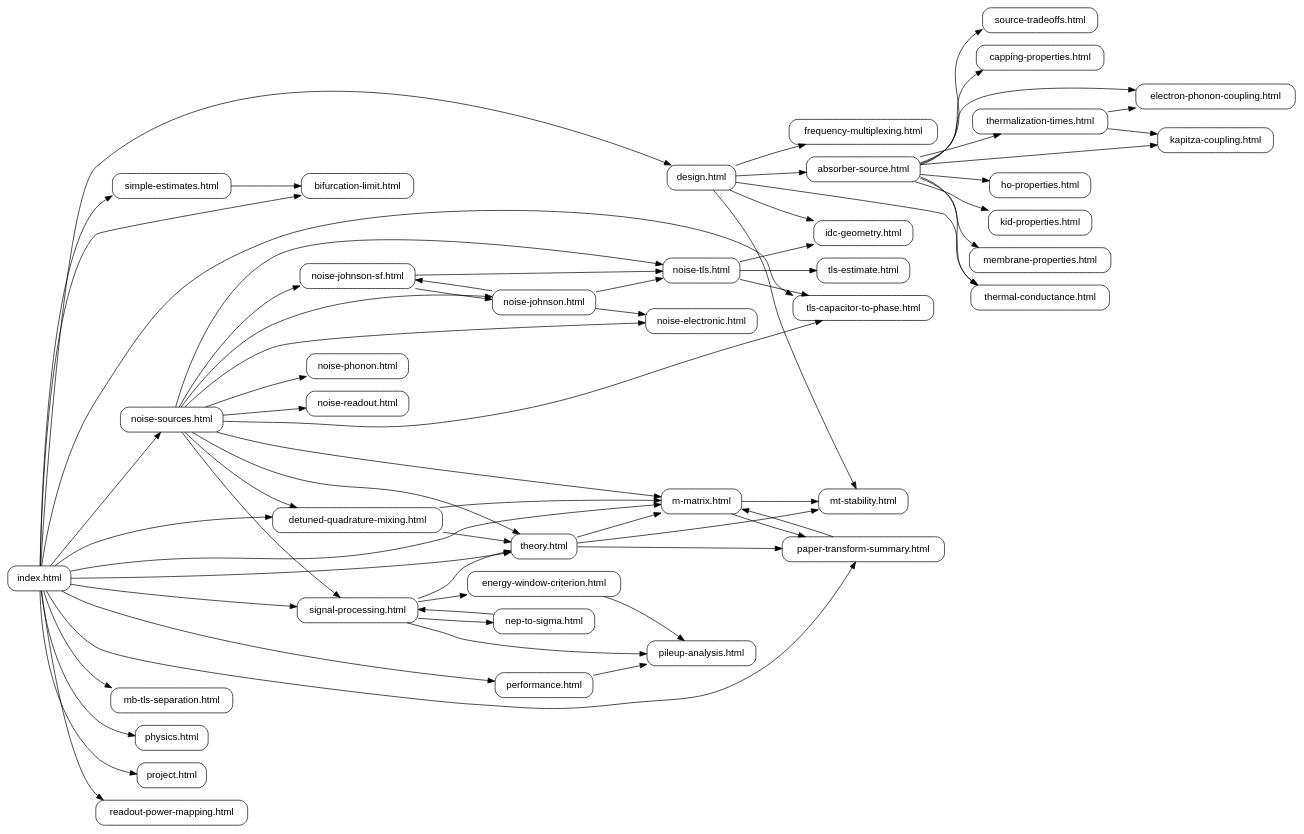
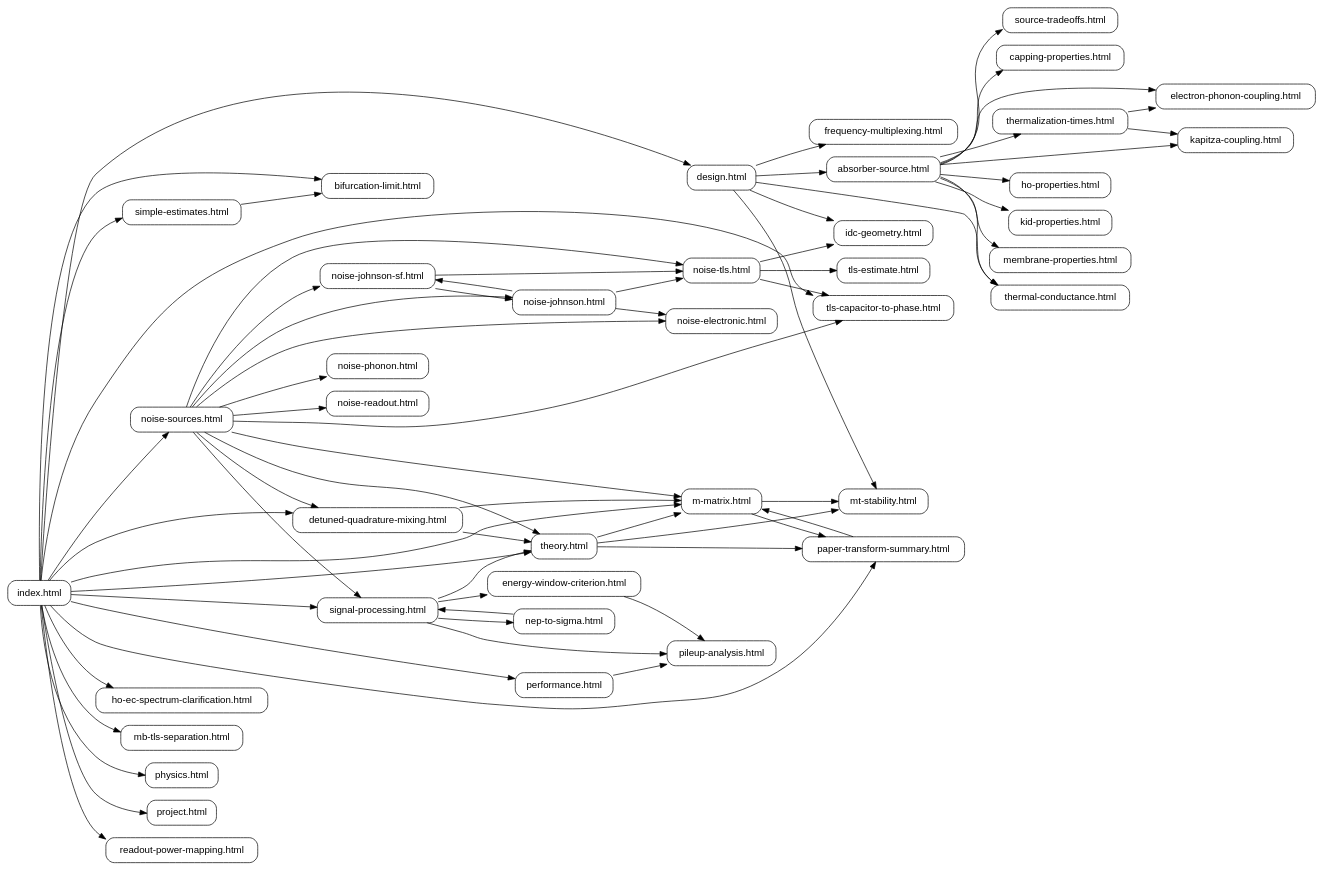
The diagram in wiki/wiki-links.dot (malindeman1999/neutrino-simple-abs), drawn with Graphviz before and after one commit. The commit also changed 5 other files, not shown here.

```diff
--- a/wiki/wiki-links.dot
+++ b/wiki/wiki-links.dot
@@ -1,111 +1,113 @@
 digraph wiki {
   rankdir=LR;
   graph [fontname="Helvetica"];
   node [shape=box, style=rounded, fontname="Helvetica"];
   edge [fontname="Helvetica"];
   "absorber-source.html";
   "bifurcation-limit.html";
   "capping-properties.html";
   "design.html";
   "detuned-quadrature-mixing.html";
   "electron-phonon-coupling.html";
   "energy-window-criterion.html";
   "frequency-multiplexing.html";
+  "ho-ec-spectrum-clarification.html";
   "ho-properties.html";
   "idc-geometry.html";
   "index.html";
   "kapitza-coupling.html";
   "kid-properties.html";
   "m-matrix.html";
   "mb-tls-separation.html";
   "membrane-properties.html";
   "mt-stability.html";
   "nep-to-sigma.html";
   "noise-electronic.html";
   "noise-johnson-sf.html";
   "noise-johnson.html";
   "noise-phonon.html";
   "noise-readout.html";
   "noise-sources.html";
   "noise-tls.html";
   "paper-transform-summary.html";
   "performance.html";
   "physics.html";
   "pileup-analysis.html";
   "project.html";
   "readout-power-mapping.html";
   "signal-processing.html";
   "simple-estimates.html";
   "source-tradeoffs.html";
   "theory.html";
   "thermal-conductance.html";
   "thermalization-times.html";
   "tls-capacitor-to-phase.html";
   "tls-estimate.html";
   "absorber-source.html" -> "capping-properties.html";
   "absorber-source.html" -> "electron-phonon-coupling.html";
   "absorber-source.html" -> "ho-properties.html";
   "absorber-source.html" -> "kapitza-coupling.html";
   "absorber-source.html" -> "kid-properties.html";
   "absorber-source.html" -> "membrane-properties.html";
   "absorber-source.html" -> "source-tradeoffs.html";
   "absorber-source.html" -> "thermal-conductance.html";
   "absorber-source.html" -> "thermalization-times.html";
   "design.html" -> "absorber-source.html";
   "design.html" -> "frequency-multiplexing.html";
   "design.html" -> "idc-geometry.html";
   "design.html" -> "mt-stability.html";
   "design.html" -> "thermal-conductance.html";
   "detuned-quadrature-mixing.html" -> "m-matrix.html";
   "detuned-quadrature-mixing.html" -> "theory.html";
   "energy-window-criterion.html" -> "pileup-analysis.html";
   "index.html" -> "bifurcation-limit.html";
   "index.html" -> "design.html";
   "index.html" -> "detuned-quadrature-mixing.html";
+  "index.html" -> "ho-ec-spectrum-clarification.html";
   "index.html" -> "m-matrix.html";
   "index.html" -> "mb-tls-separation.html";
   "index.html" -> "noise-sources.html";
   "index.html" -> "paper-transform-summary.html";
   "index.html" -> "performance.html";
   "index.html" -> "physics.html";
   "index.html" -> "project.html";
   "index.html" -> "readout-power-mapping.html";
   "index.html" -> "signal-processing.html";
   "index.html" -> "simple-estimates.html";
   "index.html" -> "theory.html";
   "index.html" -> "tls-capacitor-to-phase.html";
   "m-matrix.html" -> "mt-stability.html";
   "m-matrix.html" -> "paper-transform-summary.html";
   "nep-to-sigma.html" -> "signal-processing.html";
   "noise-johnson-sf.html" -> "noise-johnson.html";
   "noise-johnson-sf.html" -> "noise-tls.html";
   "noise-johnson.html" -> "noise-electronic.html";
   "noise-johnson.html" -> "noise-johnson-sf.html";
   "noise-johnson.html" -> "noise-tls.html";
   "noise-sources.html" -> "detuned-quadrature-mixing.html";
   "noise-sources.html" -> "m-matrix.html";
   "noise-sources.html" -> "noise-electronic.html";
   "noise-sources.html" -> "noise-johnson-sf.html";
   "noise-sources.html" -> "noise-johnson.html";
   "noise-sources.html" -> "noise-phonon.html";
   "noise-sources.html" -> "noise-readout.html";
   "noise-sources.html" -> "noise-tls.html";
   "noise-sources.html" -> "signal-processing.html";
   "noise-sources.html" -> "theory.html";
   "noise-sources.html" -> "tls-capacitor-to-phase.html";
   "noise-tls.html" -> "idc-geometry.html";
   "noise-tls.html" -> "tls-capacitor-to-phase.html";
   "noise-tls.html" -> "tls-estimate.html";
   "paper-transform-summary.html" -> "m-matrix.html";
   "performance.html" -> "pileup-analysis.html";
   "signal-processing.html" -> "energy-window-criterion.html";
   "signal-processing.html" -> "nep-to-sigma.html";
   "signal-processing.html" -> "pileup-analysis.html";
   "signal-processing.html" -> "theory.html";
   "simple-estimates.html" -> "bifurcation-limit.html";
   "theory.html" -> "m-matrix.html";
   "theory.html" -> "mt-stability.html";
   "theory.html" -> "paper-transform-summary.html";
   "thermalization-times.html" -> "electron-phonon-coupling.html";
   "thermalization-times.html" -> "kapitza-coupling.html";
 }
```
